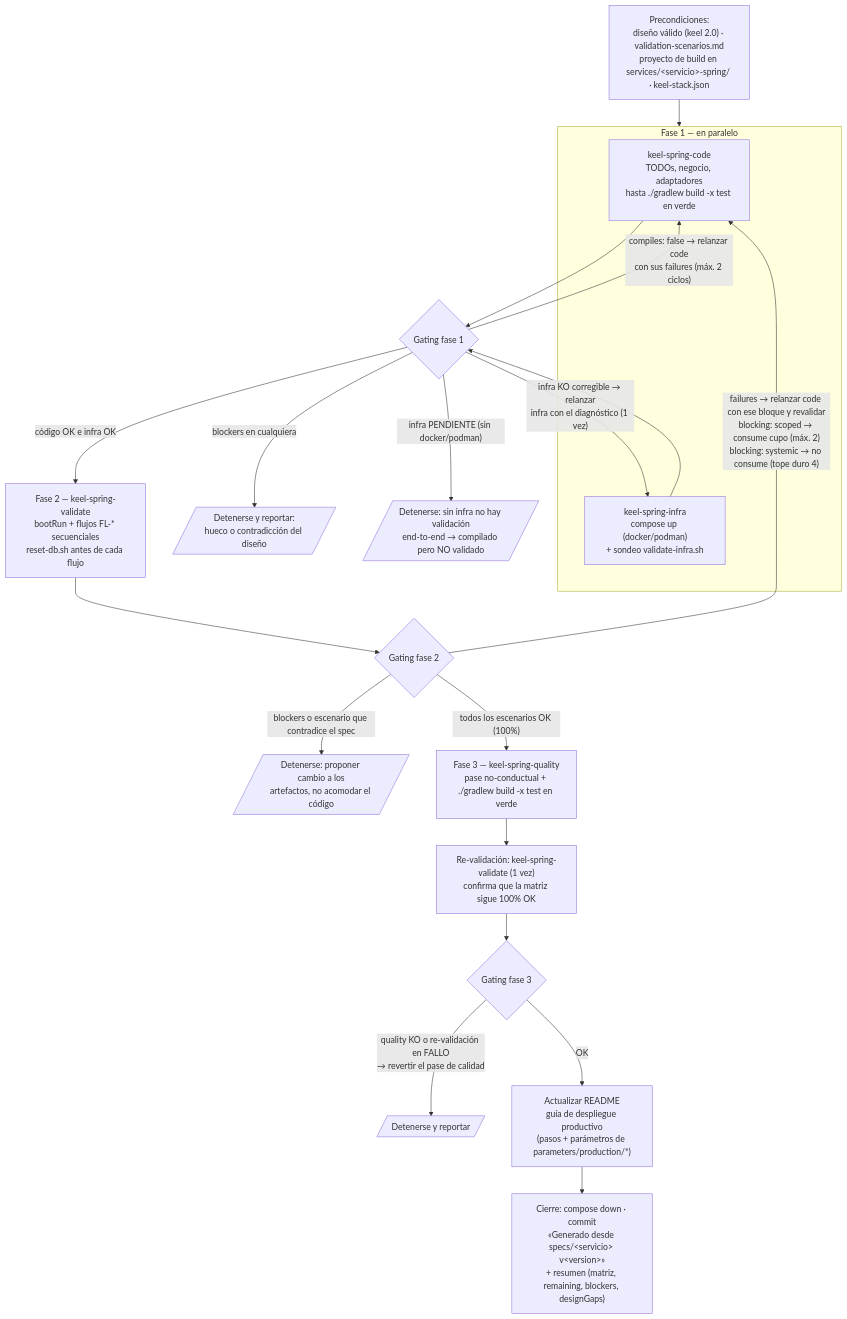
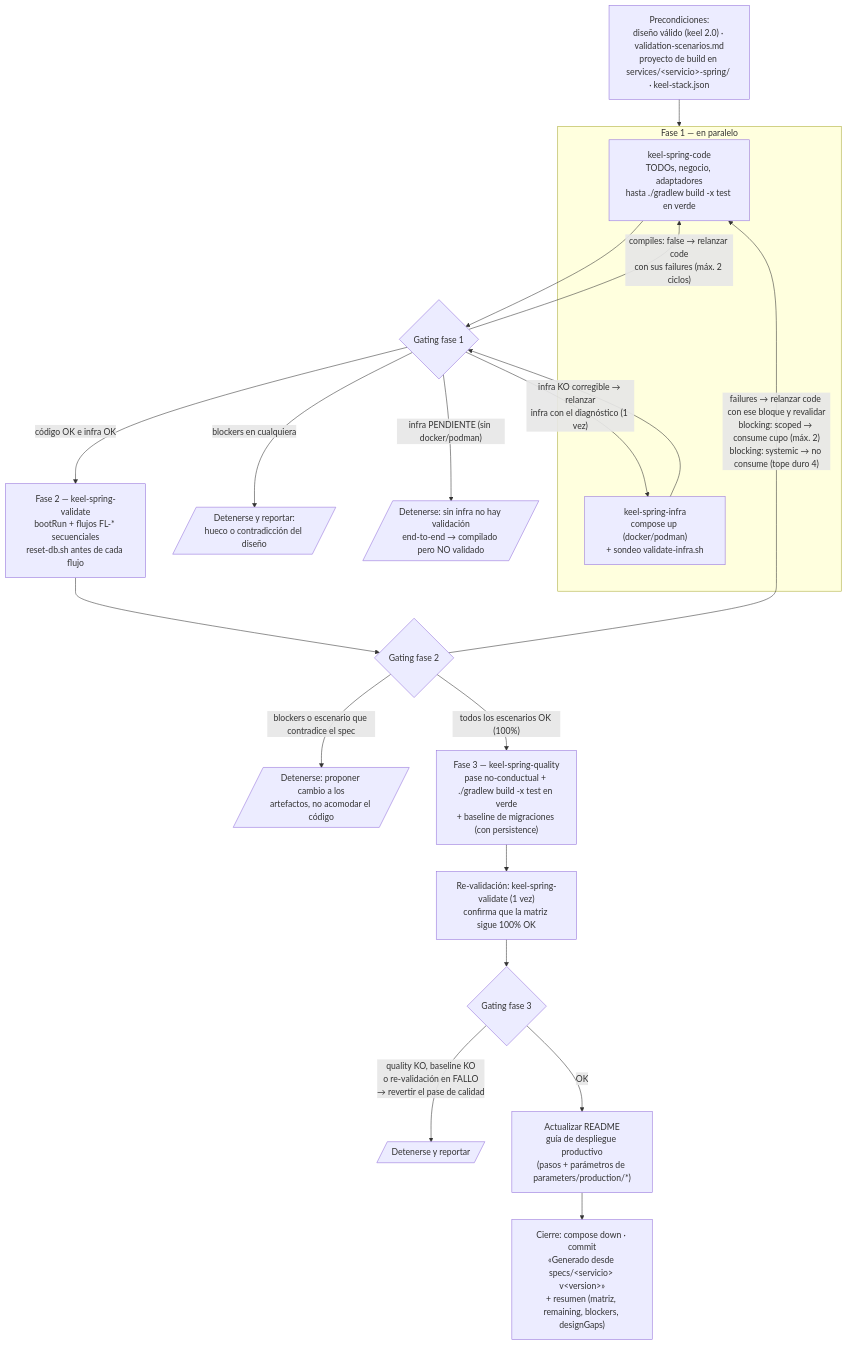
One commit to keel-system/keel changed the diagram in packages/keel-spring/assets/generators/spring/orchestration.md. Above: the diagram before and after it, drawn with Mermaid. The commit also changed other lines of this file and 22 other files, not shown here.

First line of the commit message:
feat: implement Flyway migrations mechanism and baseline export for schema management

````diff
--- a/packages/keel-spring/assets/generators/spring/orchestration.md
+++ b/packages/keel-spring/assets/generators/spring/orchestration.md
@@ -28,31 +28,31 @@
 ```mermaid
 flowchart TB
     PRE["Precondiciones:<br/>diseño válido (keel 2.0) · validation-scenarios.md<br/>proyecto de build en services/&lt;servicio&gt;-spring/ · keel-stack.json"]
 
     PRE --> F1
     subgraph F1["Fase 1 — en paralelo"]
         CODE["keel-spring-code<br/>TODOs, negocio, adaptadores<br/>hasta ./gradlew build -x test en verde"]
         INFRA["keel-spring-infra<br/>compose up (docker/podman)<br/>+ sondeo validate-infra.sh"]
     end
 
     CODE --> GATE1{Gating fase 1}
     INFRA --> GATE1
     GATE1 -->|"compiles: false → relanzar code<br/>con sus failures (máx. 2 ciclos)"| CODE
     GATE1 -->|"infra KO corregible → relanzar<br/>infra con el diagnóstico (1 vez)"| INFRA
     GATE1 -->|"blockers en cualquiera"| STOP1[/"Detenerse y reportar:<br/>hueco o contradicción del diseño"/]
     GATE1 -->|"infra PENDIENTE (sin docker/podman)"| STOP0[/"Detenerse: sin infra no hay validación<br/>end-to-end → compilado pero NO validado"/]
     GATE1 -->|código OK e infra OK| VALIDATE
 
     VALIDATE["Fase 2 — keel-spring-validate<br/>bootRun + flujos FL-* secuenciales<br/>reset-db.sh antes de cada flujo"]
     VALIDATE --> GATE2{Gating fase 2}
     GATE2 -->|"failures → relanzar code con ese bloque y revalidar<br/>blocking: scoped → consume cupo (máx. 2)<br/>blocking: systemic → no consume (tope duro 4)"| CODE
     GATE2 -->|"blockers o escenario que contradice el spec"| STOP2[/"Detenerse: proponer cambio a los<br/>artefactos, no acomodar el código"/]
     GATE2 -->|"todos los escenarios OK (100%)"| QUALITY
 
-    QUALITY["Fase 3 — keel-spring-quality<br/>pase no-conductual + ./gradlew build -x test en verde"]
+    QUALITY["Fase 3 — keel-spring-quality<br/>pase no-conductual + ./gradlew build -x test en verde<br/>+ baseline de migraciones (con persistence)"]
     QUALITY --> REVAL["Re-validación: keel-spring-validate (1 vez)<br/>confirma que la matriz sigue 100% OK"]
     REVAL --> GATE3{Gating fase 3}
-    GATE3 -->|"quality KO o re-validación en FALLO<br/>→ revertir el pase de calidad"| STOP3[/"Detenerse y reportar"/]
+    GATE3 -->|"quality KO, baseline KO<br/>o re-validación en FALLO<br/>→ revertir el pase de calidad"| STOP3[/"Detenerse y reportar"/]
     GATE3 -->|OK| README["Actualizar README<br/>guía de despliegue productivo<br/>(pasos + parámetros de parameters/production/*)"]
     README --> CLOSE["Cierre: compose down · commit<br/>«Generado desde specs/&lt;servicio&gt; v&lt;version&gt;»<br/>+ resumen (matriz, remaining, blockers, designGaps)"]
 ```
````
